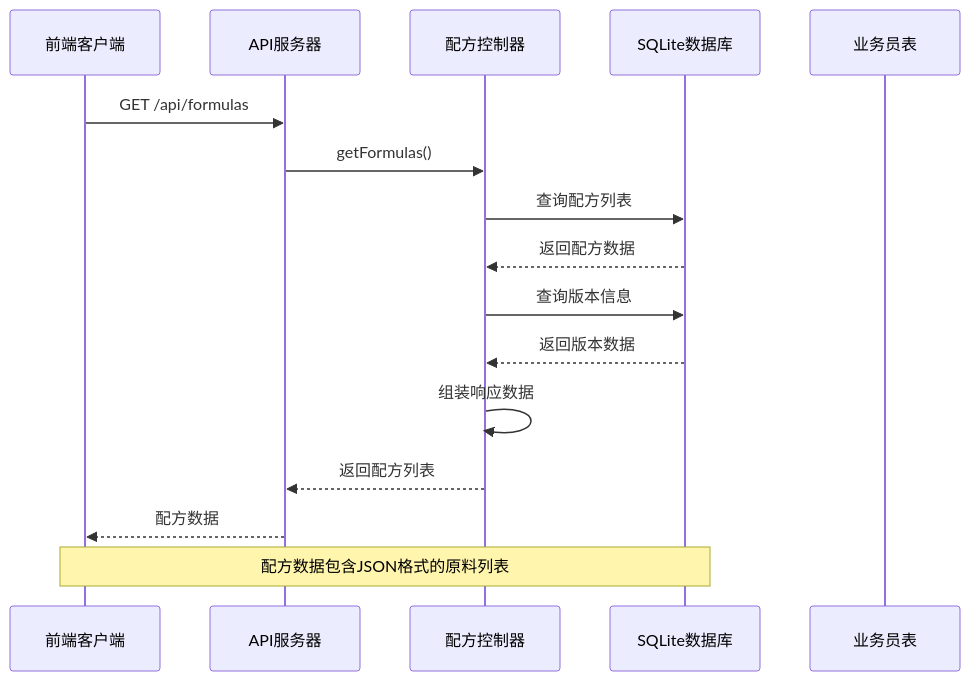
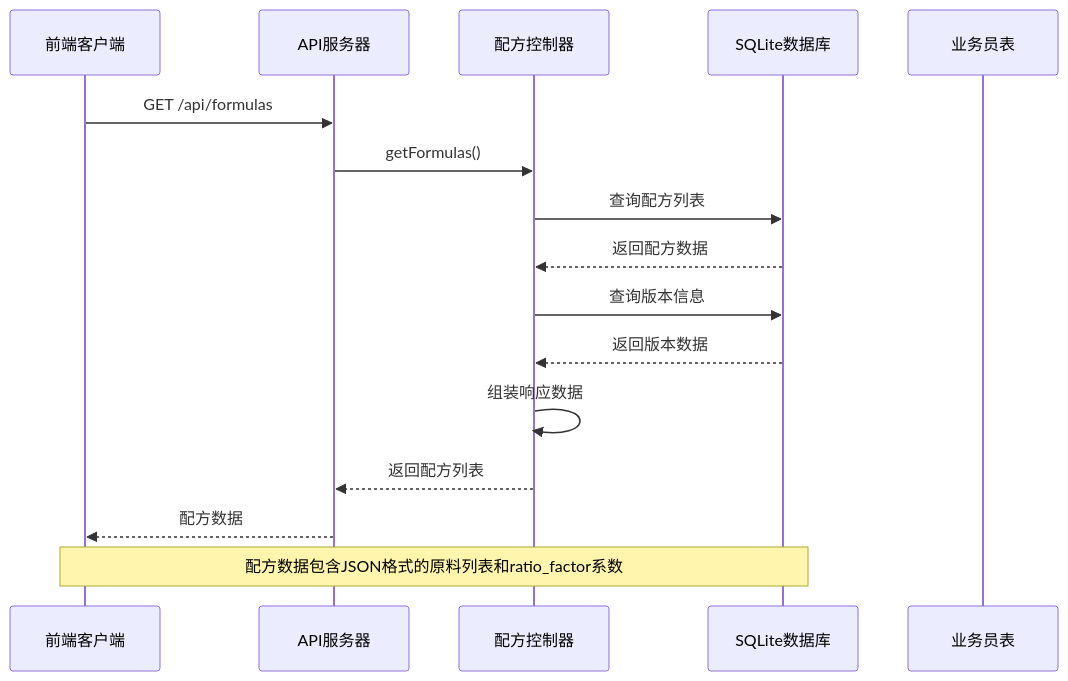
One commit to xpretycn/TingStudio changed the second of 8 diagrams in .qoder/repowiki/zh/content/数据库设计/表结构详解/配方表 (formulas).md. Above: the diagram before and after it, drawn with Mermaid. The commit also changed other lines of this file and 26 other files, not shown here.

````diff
--- a/.qoder/repowiki/zh/content/数据库设计/表结构详解/配方表 (formulas).md
+++ b/.qoder/repowiki/zh/content/数据库设计/表结构详解/配方表 (formulas).md
@@ -106,18 +120,18 @@
 ```mermaid
 sequenceDiagram
 participant Client as 前端客户端
 participant API as API服务器
 participant Controller as 配方控制器
 participant DB as SQLite数据库
 participant Salesman as 业务员表
 Client->>API : GET /api/formulas
 API->>Controller : getFormulas()
 Controller->>DB : 查询配方列表
 DB-->>Controller : 返回配方数据
 Controller->>DB : 查询版本信息
 DB-->>Controller : 返回版本数据
 Controller->>Controller : 组装响应数据
 Controller-->>API : 返回配方列表
 API-->>Client : 配方数据
-Note over Client,DB : 配方数据包含JSON格式的原料列表
+Note over Client,DB : 配方数据包含JSON格式的原料列表和ratio_factor系数
 ```
````
